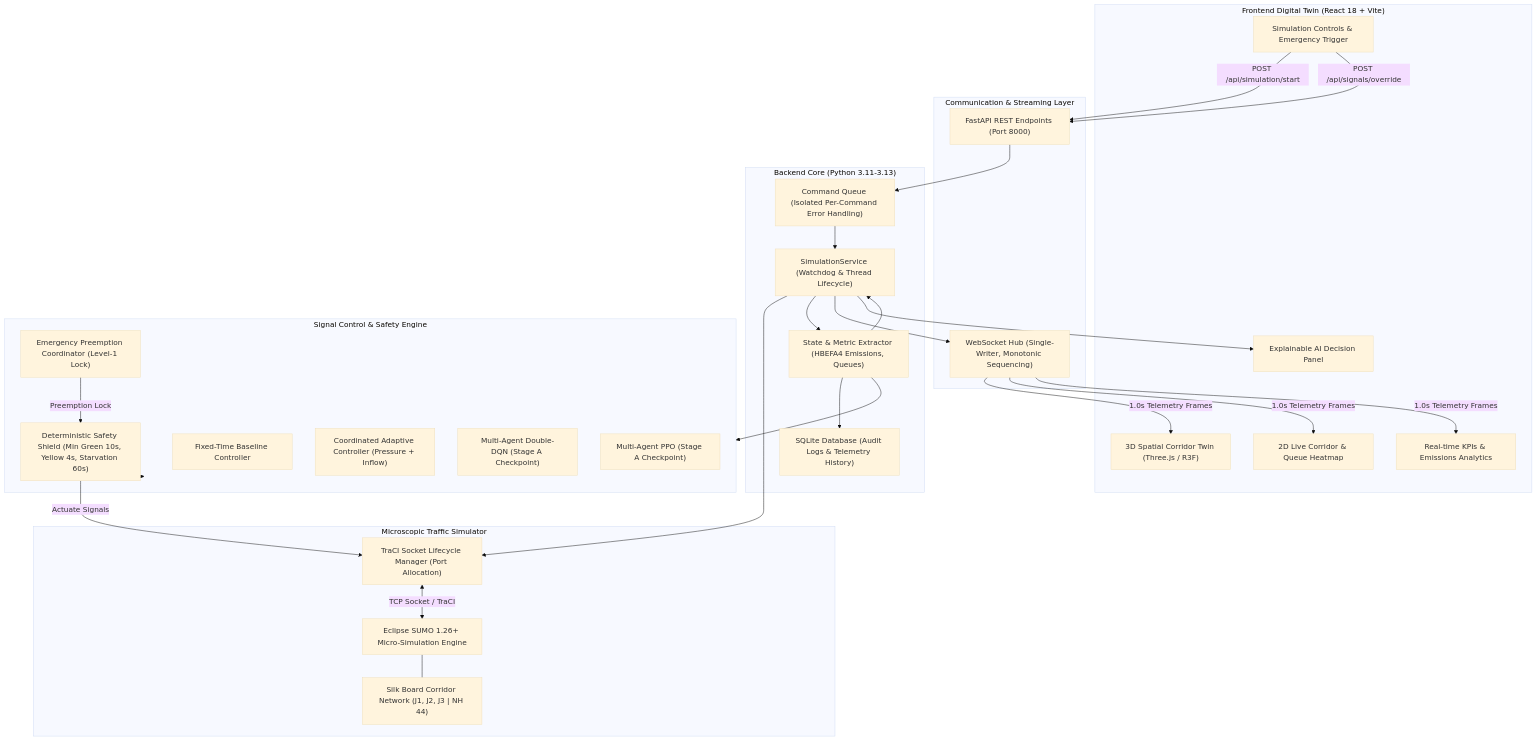
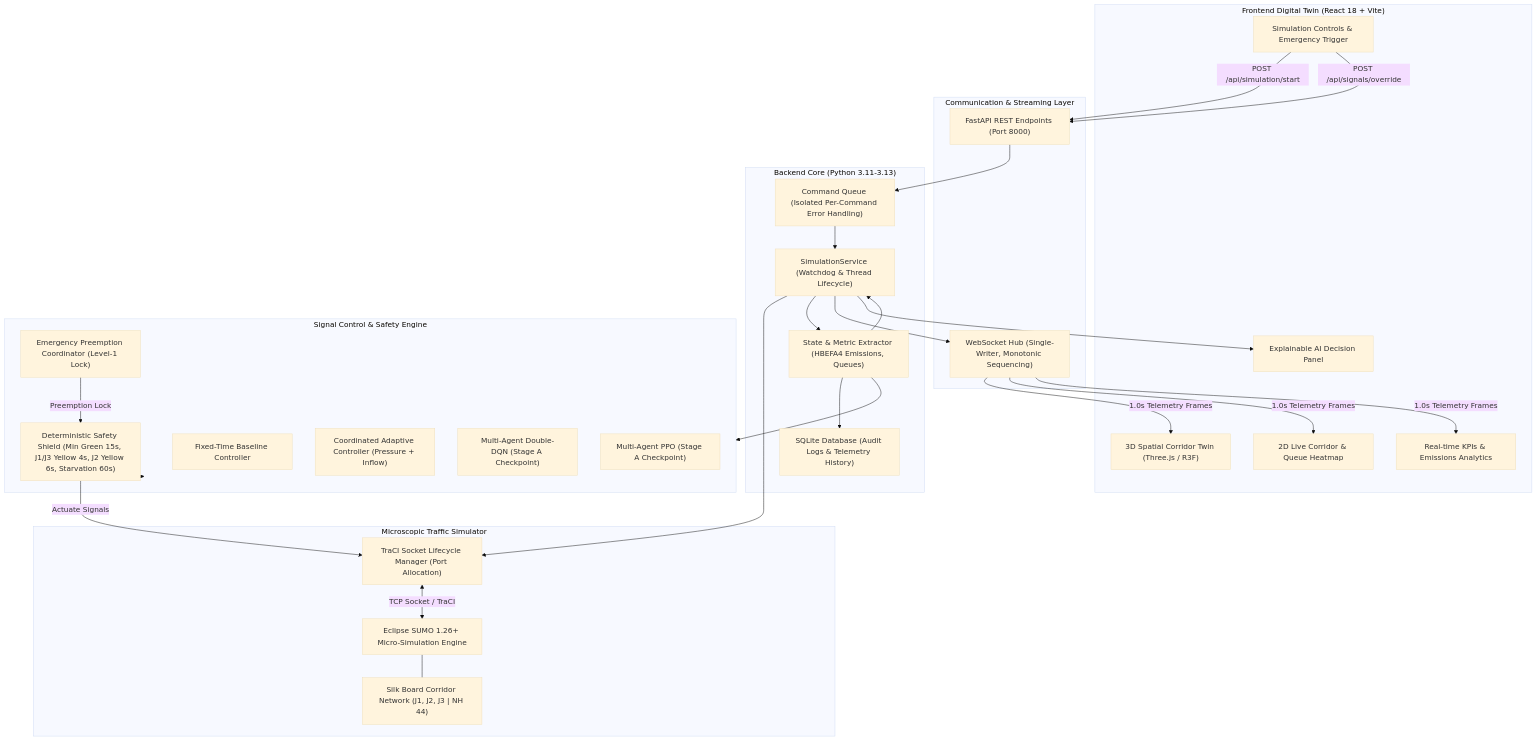
The diagram in README.md (snehapriy958/smart-traffic-coordination), drawn with Mermaid (base theme) before and after one commit. The commit also changed other lines of this file, not shown here.

Commit message:
docs: reconcile Mermaid safety parameters, observation normalization constants, HBEFA4 runtime class IDs, and benchmark sample standard deviations

````diff
--- a/README.md
+++ b/README.md
@@ -55,60 +55,60 @@
 ```mermaid
 flowchart TD
     subgraph Frontend_Layer ["Frontend Digital Twin (React 18 + Vite)"]
         UI_Twin["3D Spatial Corridor Twin (Three.js / R3F)"]
         UI_Canvas["2D Live Corridor & Queue Heatmap"]
         UI_Controls["Simulation Controls & Emergency Trigger"]
         UI_Metrics["Real-time KPIs & Emissions Analytics"]
         UI_Decisions["Explainable AI Decision Panel"]
     end
 
     subgraph Communication_Layer ["Communication & Streaming Layer"]
         REST_API["FastAPI REST Endpoints (Port 8000)"]
         WS_Hub["WebSocket Hub (Single-Writer, Monotonic Sequencing)"]
     end
 
     subgraph Backend_Layer ["Backend Core (Python 3.11-3.13)"]
         Sim_Service["SimulationService (Watchdog & Thread Lifecycle)"]
         Cmd_Queue["Command Queue (Isolated Per-Command Error Handling)"]
         State_Ext["State & Metric Extractor (HBEFA4 Emissions, Queues)"]
         DB_Engine["SQLite Database (Audit Logs & Telemetry History)"]
     end
 
     subgraph Controller_Layer ["Signal Control & Safety Engine"]
-        Safety_Shield["Deterministic Safety Shield (Min Green 10s, Yellow 4s, Starvation 60s)"]
+        Safety_Shield["Deterministic Safety Shield (Min Green 15s, J1/J3 Yellow 4s, J2 Yellow 6s, Starvation 60s)"]
         Emerg_Wave["Emergency Preemption Coordinator (Level-1 Lock)"]
         Fixed_Ctrl["Fixed-Time Baseline Controller"]
         Adaptive_Ctrl["Coordinated Adaptive Controller (Pressure + Inflow)"]
         MARL_DQN["Multi-Agent Double-DQN (Stage A Checkpoint)"]
         MARL_PPO["Multi-Agent PPO (Stage A Checkpoint)"]
     end
 
     subgraph Simulation_Layer ["Microscopic Traffic Simulator"]
         TraCI_Manager["TraCI Socket Lifecycle Manager (Port Allocation)"]
         SUMO_Bin["Eclipse SUMO 1.26+ Micro-Simulation Engine"]
         Corridor_Net["Silk Board Corridor Network (J1, J2, J3 | NH 44)"]
     end
 
     UI_Controls -->|POST /api/simulation/start| REST_API
     UI_Controls -->|POST /api/signals/override| REST_API
     REST_API --> Cmd_Queue
     Cmd_Queue --> Sim_Service
 
     Sim_Service --> TraCI_Manager
     TraCI_Manager <-->|TCP Socket / TraCI| SUMO_Bin
     SUMO_Bin --- Corridor_Net
 
     Sim_Service --> State_Ext
     State_Ext --> Controller_Layer
     Controller_Layer --> Safety_Shield
     Emerg_Wave -->|Preemption Lock| Safety_Shield
     Safety_Shield -->|Actuate Signals| TraCI_Manager
 
     State_Ext --> DB_Engine
     State_Ext --> Sim_Service
     Sim_Service --> WS_Hub
     WS_Hub -->|1.0s Telemetry Frames| UI_Twin
     WS_Hub -->|1.0s Telemetry Frames| UI_Canvas
     WS_Hub -->|1.0s Telemetry Frames| UI_Metrics
     Sim_Service --> UI_Decisions
 ```
````
